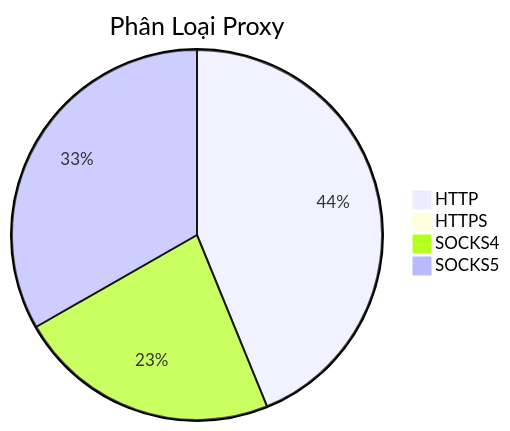
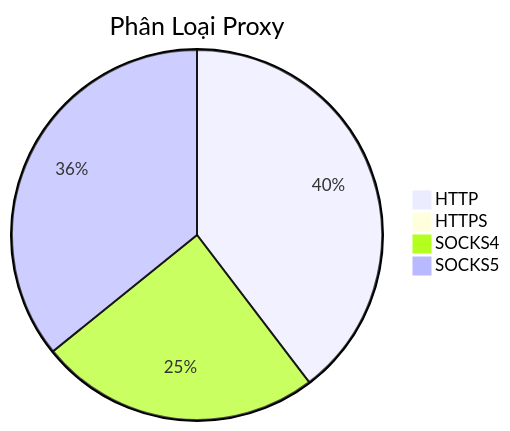
Before and after one commit to Ciara-12/PROXY-free: the diagram in README.md, drawn with Mermaid. The commit also changed other lines of this file and 3 other files, not shown here.

````diff
--- a/README.md
+++ b/README.md
@@ -26,7 +26,7 @@
 ```mermaid
 pie title Phân Loại Proxy
-    "HTTP" : 394
+    "HTTP" : 373
     "HTTPS" : 0
-    "SOCKS4" : 206
-    "SOCKS5" : 299
+    "SOCKS4" : 231
+    "SOCKS5" : 337
 ```
````
